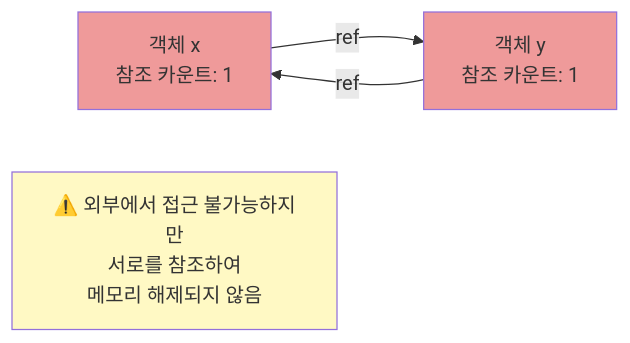
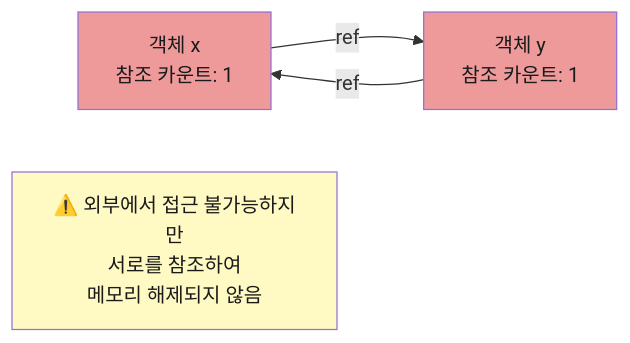
One commit to Cllaude99/cllaude99_labs changed the fourth of 7 diagrams in apps/devblog/content/posts/garbage-collection.mdx. Above: the diagram before and after it, drawn with Mermaid. The commit also changed other lines of this file, not shown here.

````diff
--- a/apps/devblog/content/posts/garbage-collection.mdx
+++ b/apps/devblog/content/posts/garbage-collection.mdx
@@ -260,11 +260,11 @@
 ```mermaid
 graph LR
     X["객체 x<br/>참조 카운트: 1"] -->|ref| Y["객체 y<br/>참조 카운트: 1"]
     Y -->|ref| X
 
     Note["⚠️ 외부에서 접근 불가능하지만<br/>서로를 참조하여<br/>메모리 해제되지 않음"]
 
-    style X fill:#ef9a9a
-    style Y fill:#ef9a9a
-    style Note fill:#fff9c4
+    style X fill:#ef9a9a,color:#1a1a1a
+    style Y fill:#ef9a9a,color:#1a1a1a
+    style Note fill:#fff9c4,color:#1a1a1a
 ```
````
